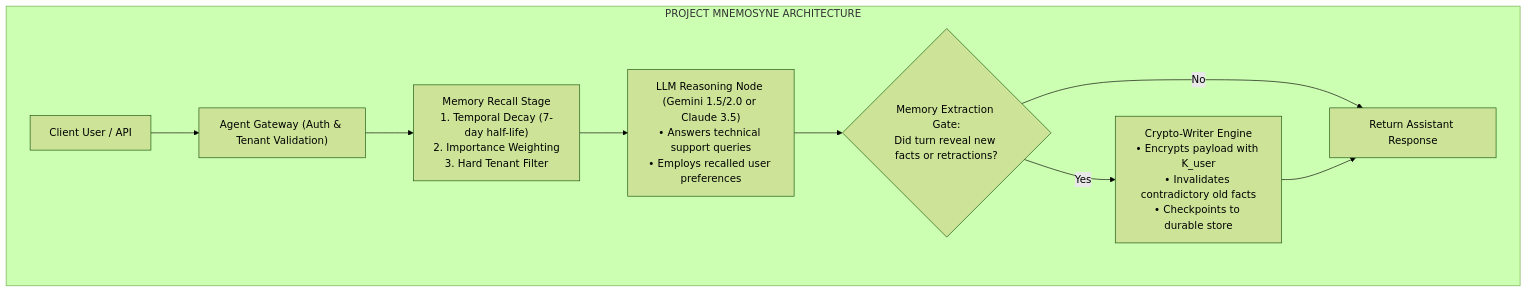
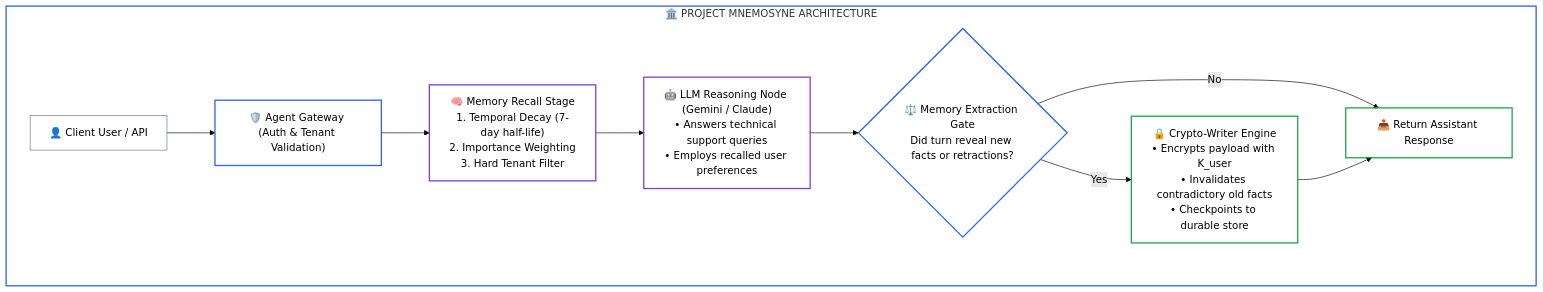
One commit to dip4k/senior-engineer-to-ai-engineer-roadmap changed diagram 13 of 13 in 04-agentic-systems-and-orchestration/labs/lab5-agent-memory-system.md. Above: the diagram before and after it, drawn with Mermaid (forest theme). The commit also changed other lines of this file and 94 other files, not shown here.

Commit message:
refactor(curriculum): complete Phase 04 upgrade and enforce diagram renderer invariants

````diff
--- a/04-agentic-systems-and-orchestration/labs/lab5-agent-memory-system.md
+++ b/04-agentic-systems-and-orchestration/labs/lab5-agent-memory-system.md
@@ -1305,16 +1489,25 @@
 ```mermaid
 flowchart TD
-    subgraph MNEMOSYNE["PROJECT MNEMOSYNE ARCHITECTURE"]
-        User["Client User / API"] --> Router["Agent Gateway (Auth & Tenant Validation)"]
+    subgraph MNEMOSYNE["🏛️ PROJECT MNEMOSYNE ARCHITECTURE"]
+        User["👤 Client User / API"] --> Router["🛡️ Agent Gateway (Auth & Tenant Validation)"]
         
-        Router --> MemRecall["Memory Recall Stage\n1. Temporal Decay (7-day half-life)\n2. Importance Weighting\n3. Hard Tenant Filter"]
+        Router --> MemRecall["🧠 Memory Recall Stage<br/>1. Temporal Decay (7-day half-life)<br/>2. Importance Weighting<br/>3. Hard Tenant Filter"]
         
-        MemRecall --> Reasoner["LLM Reasoning Node (Gemini 1.5/2.0 or Claude 3.5)\n• Answers technical support queries\n• Employs recalled user preferences"]
+        MemRecall --> Reasoner["🤖 LLM Reasoning Node (Gemini / Claude)<br/>• Answers technical support queries<br/>• Employs recalled user preferences"]
         
-        Reasoner --> Consolidator{"Memory Extraction Gate:\nDid turn reveal new facts or retractions?"}
+        Reasoner --> Consolidator{"⚖️ Memory Extraction Gate<br/>Did turn reveal new facts or retractions?"}
         
-        Consolidator -->|Yes| CryptoWriter["Crypto-Writer Engine\n• Encrypts payload with K_user\n• Invalidates contradictory old facts\n• Checkpoints to durable store"]
-        Consolidator -->|No| Output["Return Assistant Response"]
+        Consolidator -->|Yes| CryptoWriter["🔒 Crypto-Writer Engine<br/>• Encrypts payload with K_user<br/>• Invalidates contradictory old facts<br/>• Checkpoints to durable store"]
+        Consolidator -->|No| Output["📤 Return Assistant Response"]
         CryptoWriter --> Output
     end
+
+    style MNEMOSYNE fill:none,stroke:#2563eb,stroke-width:2px
+    style User stroke:#64748b,stroke-width:1px,fill:none
+    style Router stroke:#2563eb,stroke-width:2px,fill:none
+    style MemRecall stroke:#7c3aed,stroke-width:2px,fill:none
+    style Reasoner stroke:#7c3aed,stroke-width:2px,fill:none
+    style Consolidator stroke:#2563eb,stroke-width:2px,fill:none
+    style CryptoWriter stroke:#16a34a,stroke-width:2px,fill:none
+    style Output stroke:#16a34a,stroke-width:2px,fill:none
 ```
````
